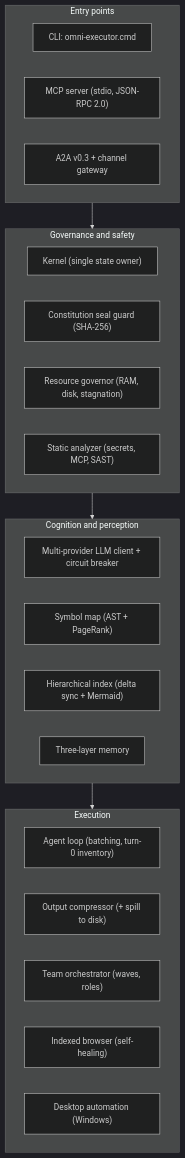
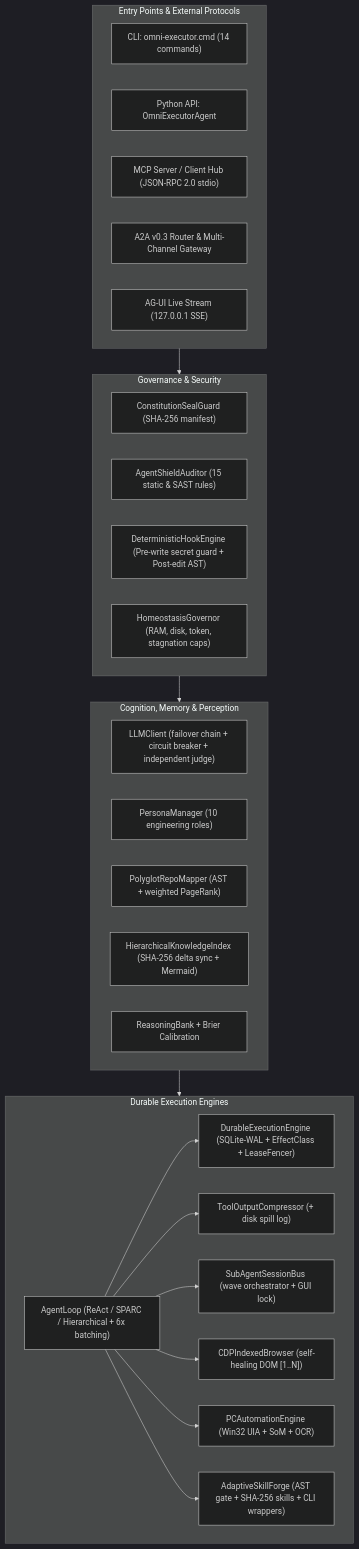
Before and after one commit to juan3861/omni-executor: the first of 2 diagrams in README.md, drawn with Mermaid (dark theme). The commit also changed other lines of this file and 3 other files, not shown here.

Commit message:
docs: complete senior-level English GitHub manual (29 tools, 14 CLI commands, 10 personas, MCP/A2A/AG-UI, 15 SAST rules), LICENSE, CONTRIBUTING, SECURITY

````diff
--- a/README.md
+++ b/README.md
@@ -41,32 +67,45 @@
 ```mermaid
 flowchart TB
-    subgraph Entry["Entry points"]
-        CLI["CLI: omni-executor.cmd"]
-        MCP["MCP server (stdio, JSON-RPC 2.0)"]
-        A2A["A2A v0.3 + channel gateway"]
+    subgraph Entry["Entry Points & External Protocols"]
+        CLI["CLI: omni-executor.cmd (14 commands)"]
+        PY["Python API: OmniExecutorAgent"]
+        MCP["MCP Server / Client Hub (JSON-RPC 2.0 stdio)"]
+        A2A["A2A v0.3 Router & Multi-Channel Gateway"]
+        AGUI["AG-UI Live Stream (127.0.0.1 SSE)"]
     end
 
-    subgraph Governance["Governance and safety"]
-        KERNEL["Kernel (single state owner)"]
-        SEAL["Constitution seal guard (SHA-256)"]
-        HOMEO["Resource governor (RAM, disk, stagnation)"]
-        SHIELD["Static analyzer (secrets, MCP, SAST)"]
+    subgraph Gov["Governance & Security"]
+        SEAL["ConstitutionSealGuard (SHA-256 manifest)"]
+        SHIELD["AgentShieldAuditor (15 static & SAST rules)"]
+        HOOKS["DeterministicHookEngine (Pre-write secret guard + Post-edit AST)"]
+        HOMEO["HomeostasisGovernor (RAM, disk, token, stagnation caps)"]
     end
 
-    subgraph Cognition["Cognition and perception"]
-        LLM["Multi-provider LLM client + circuit breaker"]
-        MAP["Symbol map (AST + PageRank)"]
-        KG["Hierarchical index (delta sync + Mermaid)"]
-        MEM["Three-layer memory"]
+    subgraph Cog["Cognition, Memory & Perception"]
+        LLM["LLMClient (failover chain + circuit breaker + independent judge)"]
+        PERSONA["PersonaManager (10 engineering roles)"]
+        REPOMAP["PolyglotRepoMapper (AST + weighted PageRank)"]
+        KGRAPH["HierarchicalKnowledgeIndex (SHA-256 delta sync + Mermaid)"]
+        BANK["ReasoningBank + Brier Calibration"]
     end
 
-    subgraph Execution["Execution"]
-        LOOP["Agent loop (batching, turn-0 inventory)"]
-        COMP["Output compressor (+ spill to disk)"]
-        TEAM["Team orchestrator (waves, roles)"]
-        BROWSER["Indexed browser (self-healing)"]
-        DESKTOP["Desktop automation (Windows)"]
+    subgraph Exec["Durable Execution Engines"]
+        DURABLE["DurableExecutionEngine (SQLite-WAL + EffectClass + LeaseFencer)"]
+        LOOP["AgentLoop (ReAct / SPARC / Hierarchical + 6x batching)"]
+        COMPRESS["ToolOutputCompressor (+ disk spill log)"]
+        TEAM["SubAgentSessionBus (wave orchestrator + GUI lock)"]
+        BROWSER["CDPIndexedBrowser (self-healing DOM [1..N])"]
+        DESKTOP["PCAutomationEngine (Win32 UIA + SoM + OCR)"]
+        SKILLS["AdaptiveSkillForge (AST gate + SHA-256 skills + CLI wrappers)"]
     end
 
-    Entry --> Governance --> Cognition --> Execution
+    Entry --> Gov
+    Gov --> Cog
+    Cog --> Exec
+    LOOP --> DURABLE
+    LOOP --> COMPRESS
+    LOOP --> TEAM
+    LOOP --> BROWSER
+    LOOP --> DESKTOP
+    LOOP --> SKILLS
 ```
````
